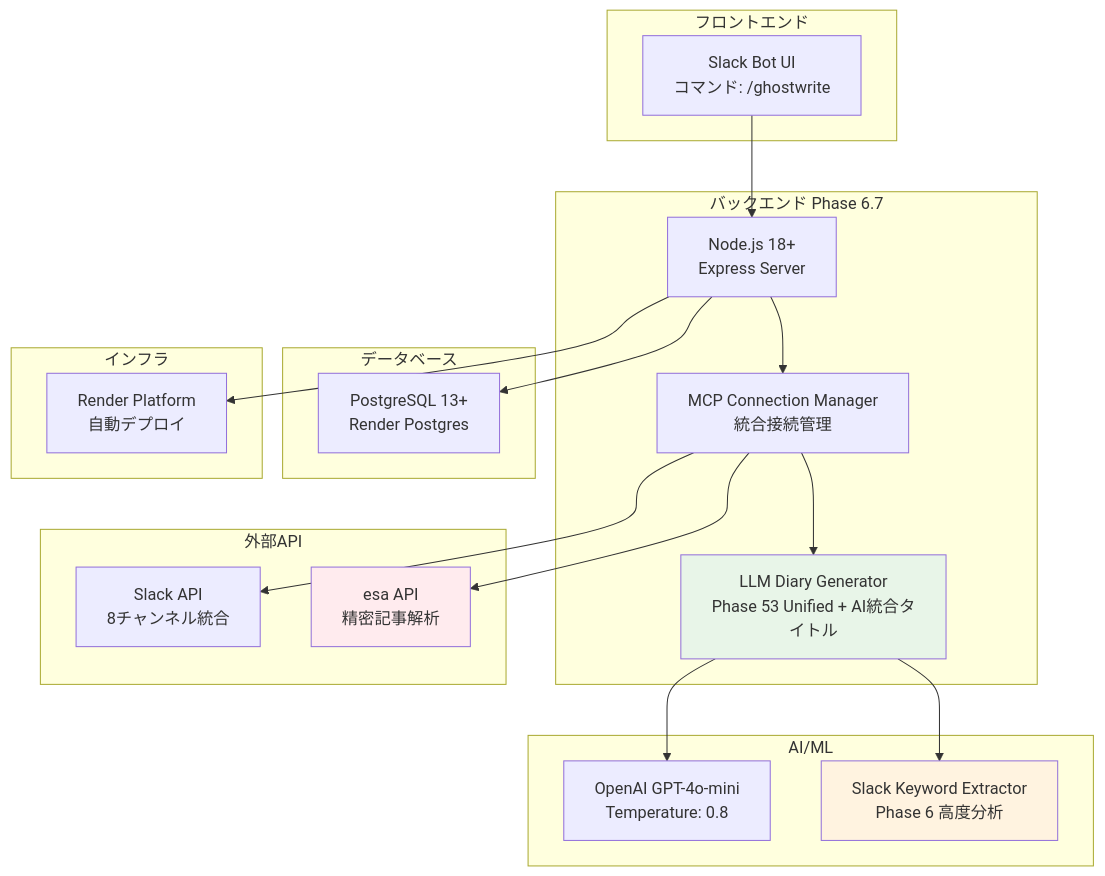
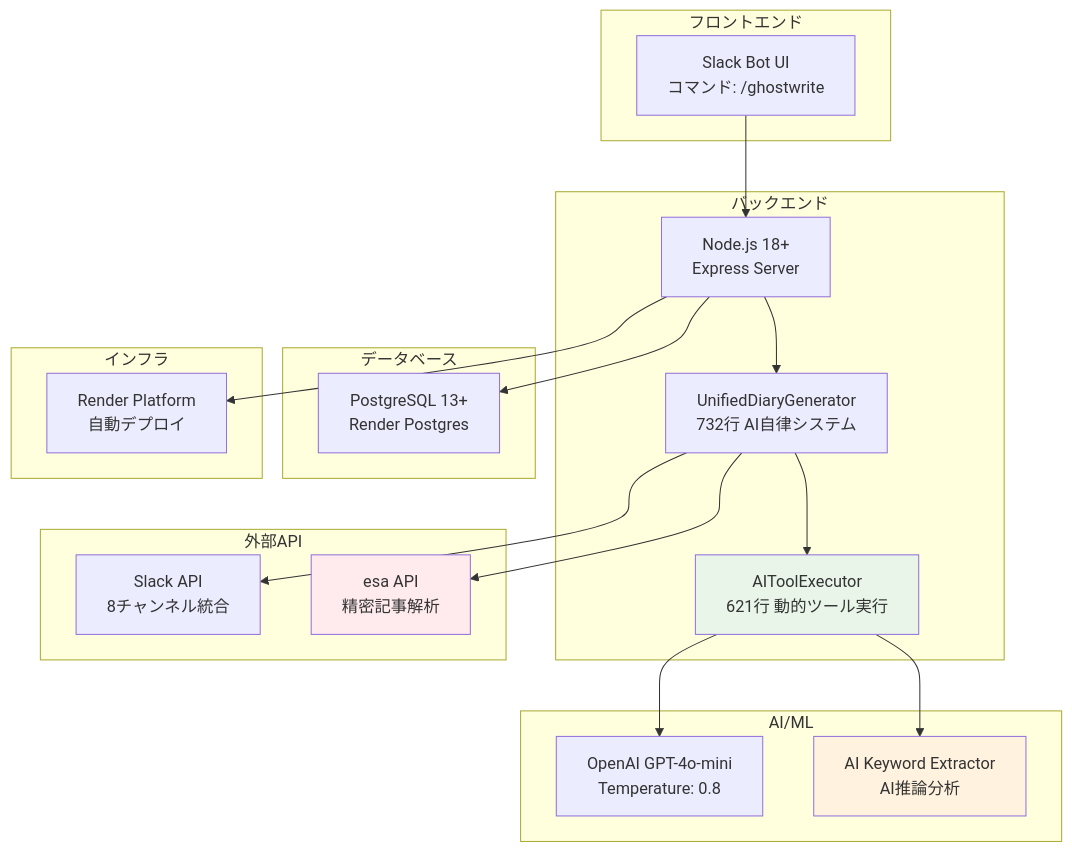
The second of 2 diagrams in README.md (esminc/ghostwriter-ai-system), drawn with Mermaid before and after one commit. The commit also changed other lines of this file, not shown here.

````diff
--- a/README.md
+++ b/README.md
@@ -91,44 +96,44 @@
 ```mermaid
 graph TD
     subgraph "フロントエンド"
         F1[Slack Bot UI<br/>コマンド: /ghostwrite]
     end
     
-    subgraph "バックエンド Phase 6.7"
+    subgraph "バックエンド"
         B1[Node.js 18+<br/>Express Server]
-        B2[MCP Connection Manager<br/>統合接続管理]
-        B3[LLM Diary Generator<br/>Phase 53 Unified + AI統合タイトル]
+        B2[UnifiedDiaryGenerator<br/>732行 AI自律システム]
+        B3[AIToolExecutor<br/>621行 動的ツール実行]
     end
     
     subgraph "AI/ML"
         AI1[OpenAI GPT-4o-mini<br/>Temperature: 0.8]
-        AI2[Slack Keyword Extractor<br/>Phase 6 高度分析]
+        AI2[AI Keyword Extractor<br/>AI推論分析]
     end
     
     subgraph "データベース"
         DB1[PostgreSQL 13+<br/>Render Postgres]
     end
     
     subgraph "外部API"
         API1[Slack API<br/>8チャンネル統合]
         API2[esa API<br/>精密記事解析]
     end
     
     subgraph "インフラ"
         INF1[Render Platform<br/>自動デプロイ]
     end
     
     F1 --> B1
     B1 --> B2
     B2 --> B3
     B3 --> AI1
     B3 --> AI2
     B1 --> DB1
     B2 --> API1
     B2 --> API2
     B1 --> INF1
     
     style B3 fill:#e8f5e8
     style AI2 fill:#fff3e0
     style API2 fill:#ffebee
 ```
````
